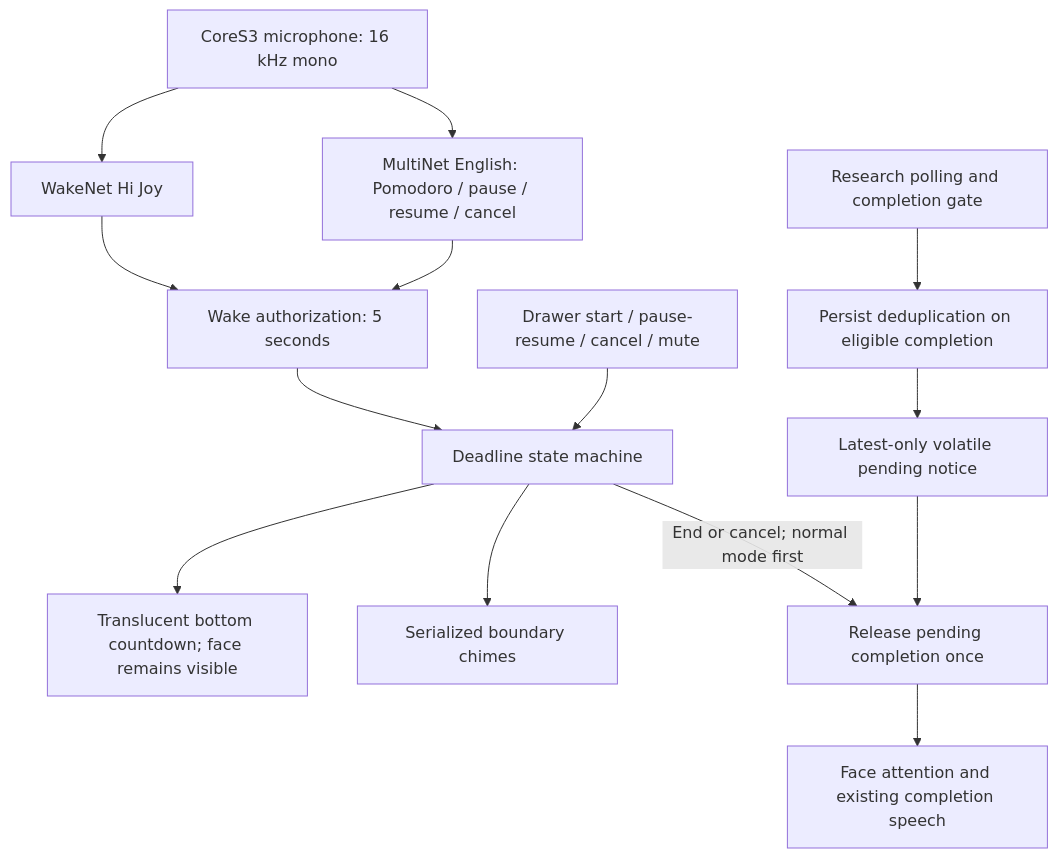
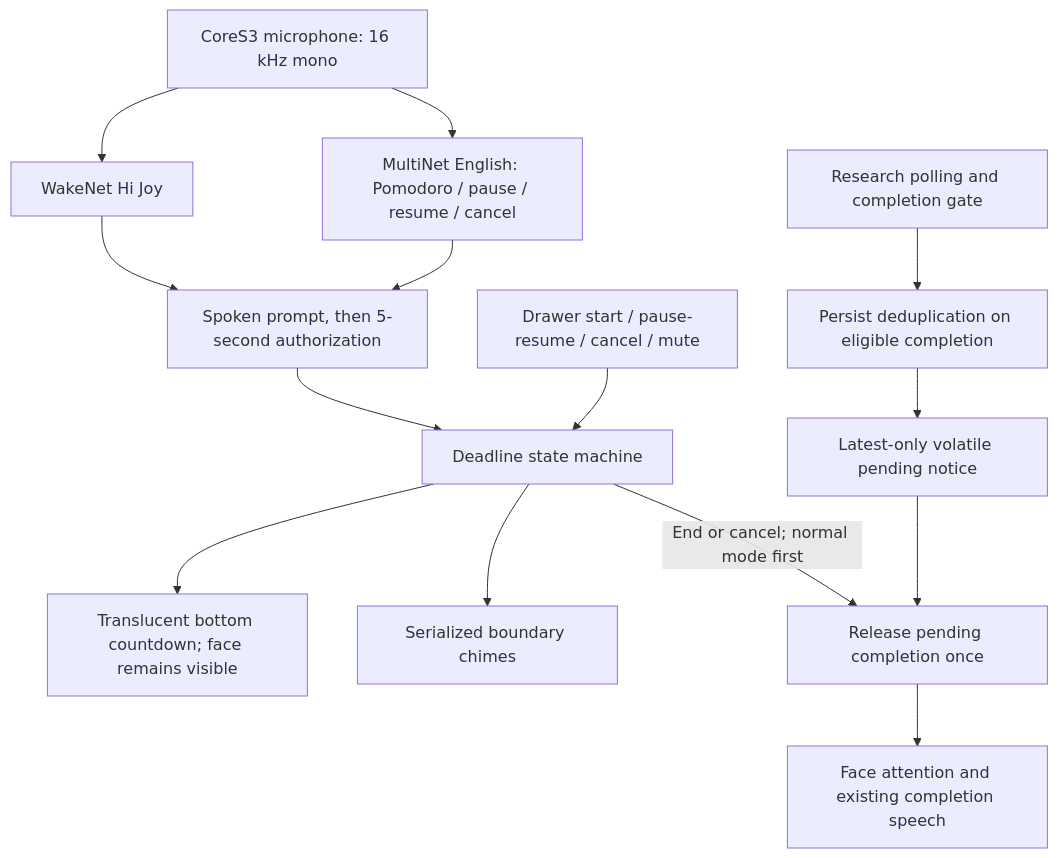
Before and after one commit to yeejingye/jyos-stackchan: the diagram in knowledge_base/feat/pomodoro/design.md, drawn with Mermaid. The commit also changed other lines of this file and 16 other files, not shown here.

Commit message:
fix: add spoken wake greeting and diagnose command throughput

````diff
--- a/knowledge_base/feat/pomodoro/design.md
+++ b/knowledge_base/feat/pomodoro/design.md
@@ -5,16 +5,16 @@
 ```mermaid
 flowchart TD
   PCM["CoreS3 microphone: 16 kHz mono"] --> Wake["WakeNet Hi Joy"]
-  Wake --> Window["Wake authorization: 5 seconds"]
+  Wake --> Window["Spoken prompt, then 5-second authorization"]
   PCM --> Commands["MultiNet English: Pomodoro / pause / resume / cancel"]
   Commands --> Window
   Window --> Timer["Deadline state machine"]
   Manual["Drawer start / pause-resume / cancel / mute"] --> Timer
   Timer --> Strip["Translucent bottom countdown; face remains visible"]
   Timer --> Cues["Serialized boundary chimes"]
   Research["Research polling and completion gate"] --> Admission["Persist deduplication on eligible completion"]
   Admission --> Pending["Latest-only volatile pending notice"]
   Timer -->|"End or cancel; normal mode first"| Release["Release pending completion once"]
   Pending --> Release
   Release --> Hardware["Face attention and existing completion speech"]
 ```
````
